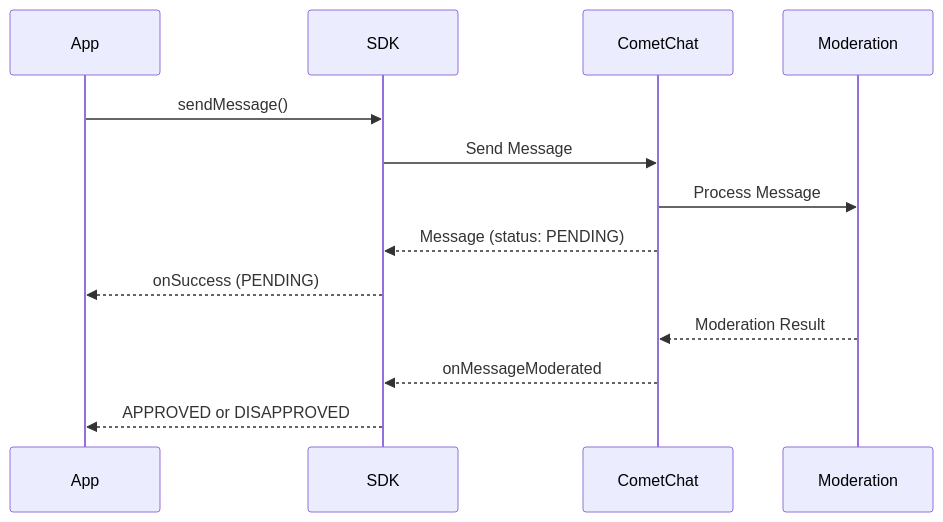
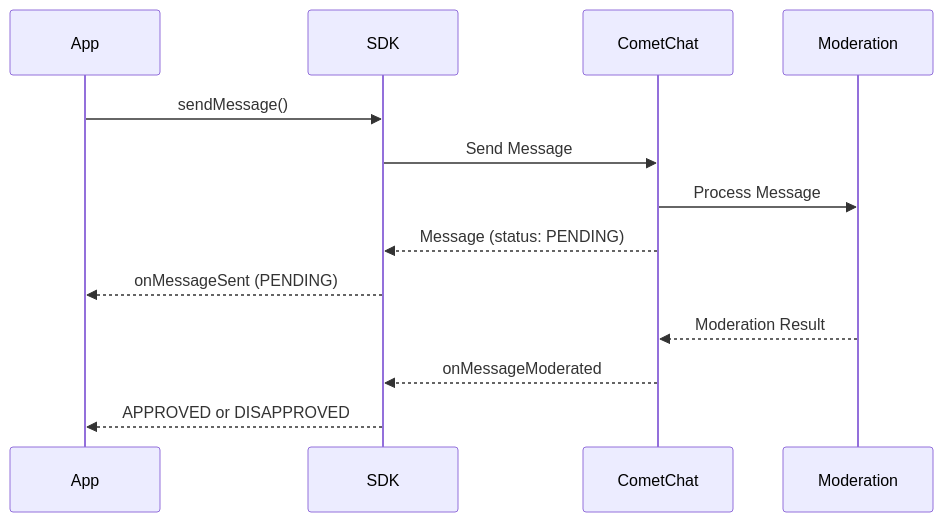
The diagram in sdk/android/v5/ai-moderation.mdx (cometchat/docs), drawn with Mermaid before and after one commit. The commit also changed other lines of this file and 27 other files, not shown here.

````diff
--- a/sdk/android/v5/ai-moderation.mdx
+++ b/sdk/android/v5/ai-moderation.mdx
@@ -24,16 +26,16 @@
 ```mermaid
 sequenceDiagram
     participant App
     participant SDK
     participant CometChat
     participant Moderation
 
     App->>SDK: sendMessage()
     SDK->>CometChat: Send Message
     CometChat->>Moderation: Process Message
     CometChat-->>SDK: Message (status: PENDING)
-    SDK-->>App: onSuccess (PENDING)
+    SDK-->>App: onMessageSent (PENDING)
     Moderation-->>CometChat: Moderation Result
     CometChat-->>SDK: onMessageModerated
     SDK-->>App: APPROVED or DISAPPROVED
 ```
````
